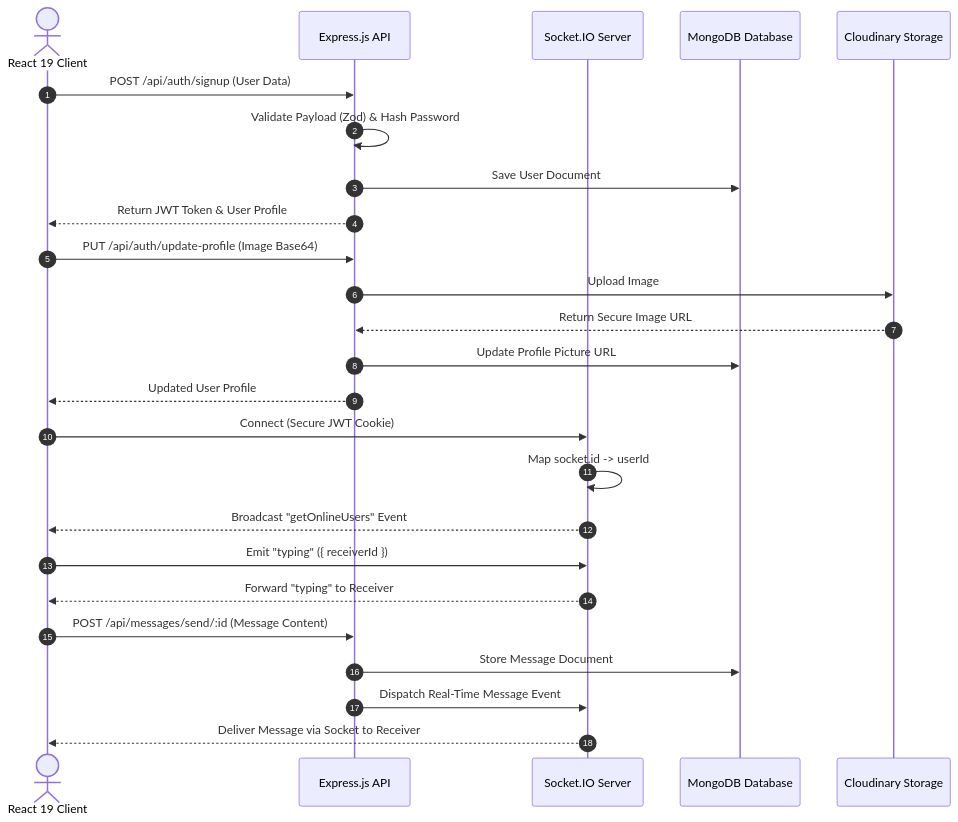
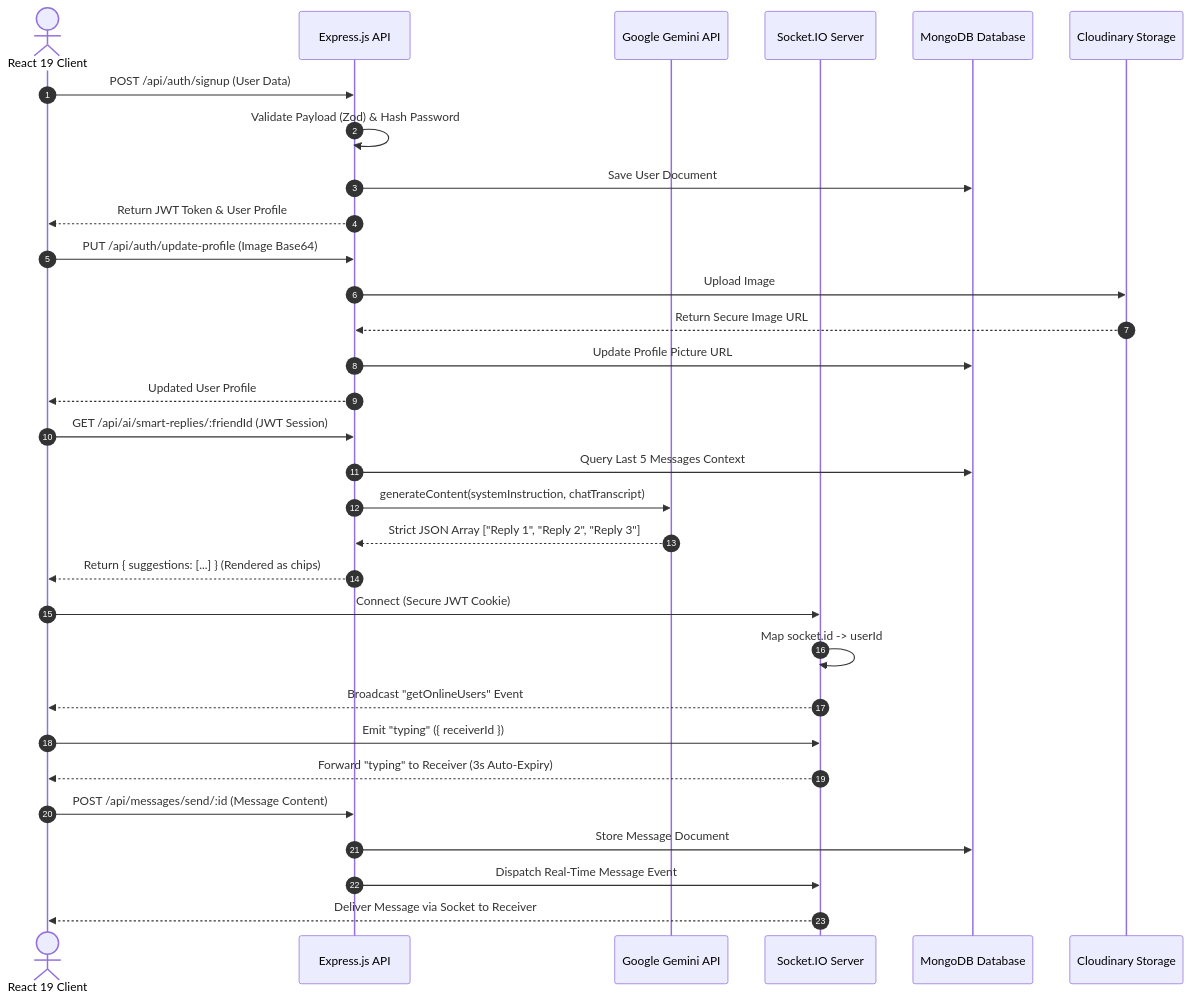
Before and after one commit to HxWildE/ChatApp: the diagram in README.md, drawn with Mermaid. The commit also changed other lines of this file, not shown here.

Commit message:
docs: update README with AI smart replies, tech stack, sequence flow, and API specs

````diff
--- a/README.md
+++ b/README.md
@@ -87,35 +93,43 @@
 ```mermaid
 sequenceDiagram
     autonumber
     actor Client as React 19 Client
     participant Express as Express.js API
+    participant Gemini as Google Gemini API
     participant Socket as Socket.IO Server
     participant DB as MongoDB Database
     participant Cloud as Cloudinary Storage
 
     %% Authentication Flow
     Client->>Express: POST /api/auth/signup (User Data)
     Express->>Express: Validate Payload (Zod) & Hash Password
     Express->>DB: Save User Document
     Express-->>Client: Return JWT Token & User Profile
 
     %% Media Upload Flow
     Client->>Express: PUT /api/auth/update-profile (Image Base64)
     Express->>Cloud: Upload Image
     Cloud-->>Express: Return Secure Image URL
     Express->>DB: Update Profile Picture URL
     Express-->>Client: Updated User Profile
 
+    %% Contextual AI Smart Replies Flow
+    Client->>Express: GET /api/ai/smart-replies/:friendId (JWT Session)
+    Express->>DB: Query Last 5 Messages Context
+    Express->>Gemini: generateContent(systemInstruction, chatTranscript)
+    Gemini-->>Express: Strict JSON Array ["Reply 1", "Reply 2", "Reply 3"]
+    Express-->>Client: Return { suggestions: [...] } (Rendered as chips)
+
     %% Real-time Socket Communication
     Client->>Socket: Connect (Secure JWT Cookie)
     Socket->>Socket: Map socket.id -> userId
     Socket-->>Client: Broadcast "getOnlineUsers" Event
 
     Client->>Socket: Emit "typing" ({ receiverId })
-    Socket-->>Client: Forward "typing" to Receiver
+    Socket-->>Client: Forward "typing" to Receiver (3s Auto-Expiry)
 
     Client->>Express: POST /api/messages/send/:id (Message Content)
     Express->>DB: Store Message Document
     Express->>Socket: Dispatch Real-Time Message Event
     Socket-->>Client: Deliver Message via Socket to Receiver
 ```
````
